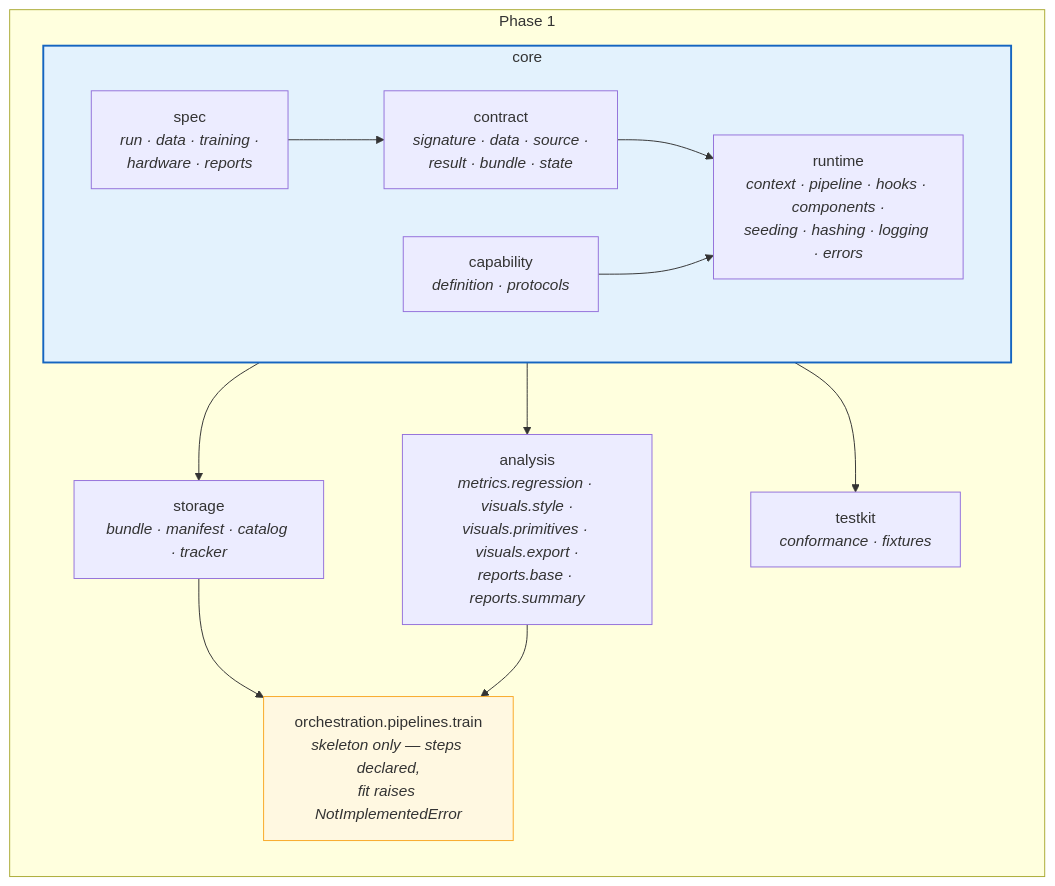
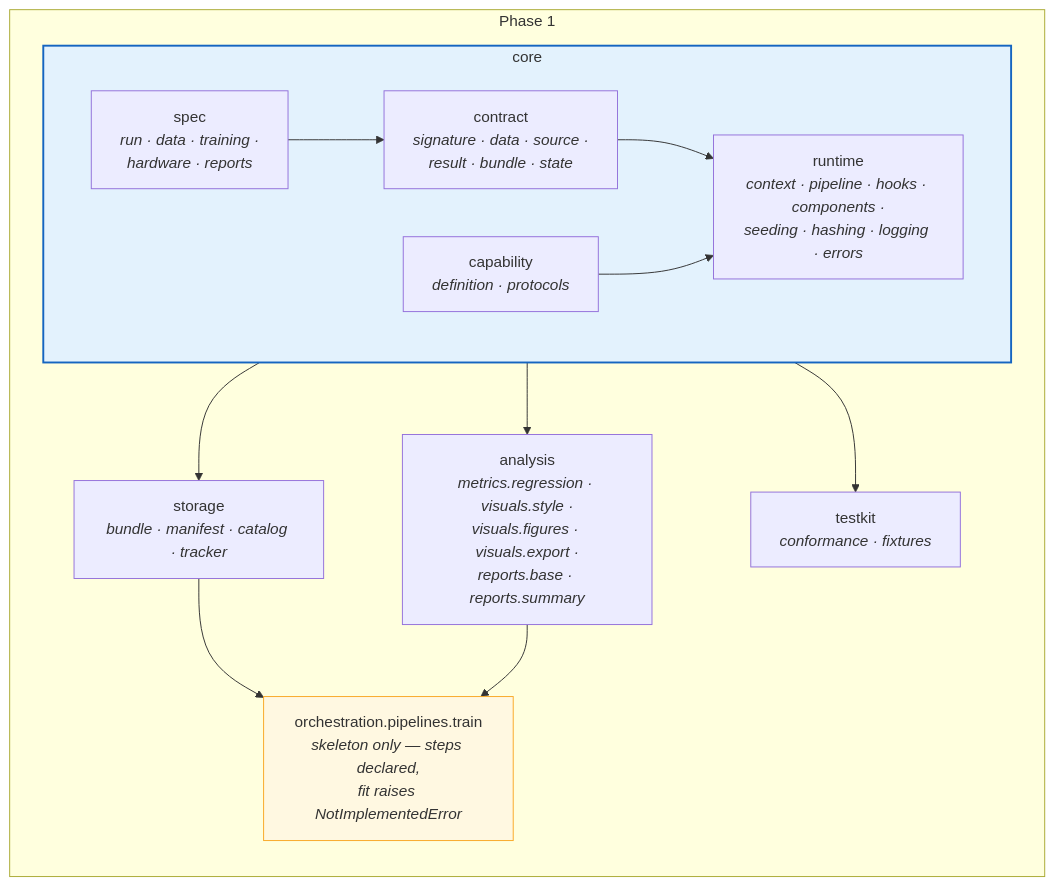
The first of 3 diagrams in src/rade_qnet/docs/phases/PHASE_1_CORE.md (JStevens95/QuantStrata), drawn with Mermaid before and after one commit. The commit also changed 31 other files, not shown here.

````diff
--- a/src/rade_qnet/docs/phases/PHASE_1_CORE.md
+++ b/src/rade_qnet/docs/phases/PHASE_1_CORE.md
@@ -48,26 +48,26 @@
 ```mermaid
 flowchart TD
     subgraph P1["Phase 1"]
         direction TB
         subgraph CORE["core"]
             SPEC["spec<br/><i>run · data · training ·<br/>hardware · reports</i>"]
             CONTRACT["contract<br/><i>signature · data · source ·<br/>result · bundle · state</i>"]
             CAP["capability<br/><i>definition · protocols</i>"]
             RT["runtime<br/><i>context · pipeline · hooks · components ·<br/>seeding · hashing · logging · errors</i>"]
         end
         STOR["storage<br/><i>bundle · manifest · catalog · tracker</i>"]
-        ANA["analysis<br/><i>metrics.regression · visuals.style ·<br/>visuals.primitives · visuals.export ·<br/>reports.base · reports.summary</i>"]
+        ANA["analysis<br/><i>metrics.regression · visuals.style ·<br/>visuals.figures · visuals.export ·<br/>reports.base · reports.summary</i>"]
         TK["testkit<br/><i>conformance · fixtures</i>"]
         ORCH["orchestration.pipelines.train<br/><i>skeleton only — steps declared,<br/>fit raises NotImplementedError</i>"]
     end
     SPEC --> CONTRACT
     CONTRACT --> RT
     CAP --> RT
     CORE --> STOR
     CORE --> ANA
     CORE --> TK
     STOR --> ORCH
     ANA --> ORCH
     style CORE fill:#e3f2fd,stroke:#1565c0,stroke-width:2px
     style ORCH fill:#fff8e1,stroke:#f9a825
 ```
````
